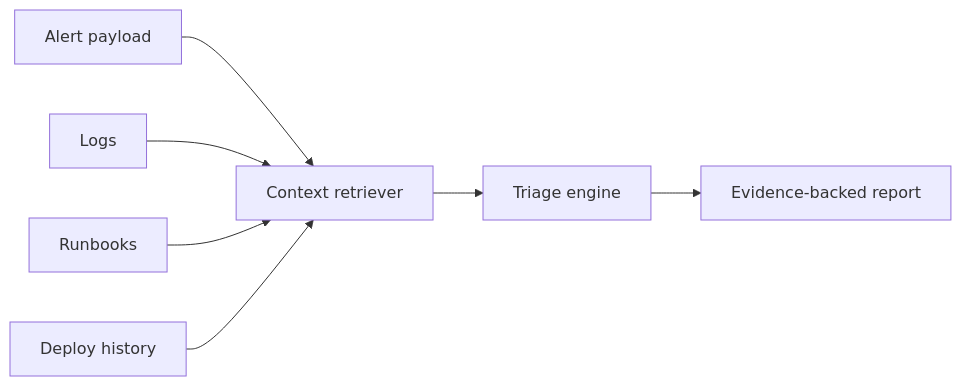
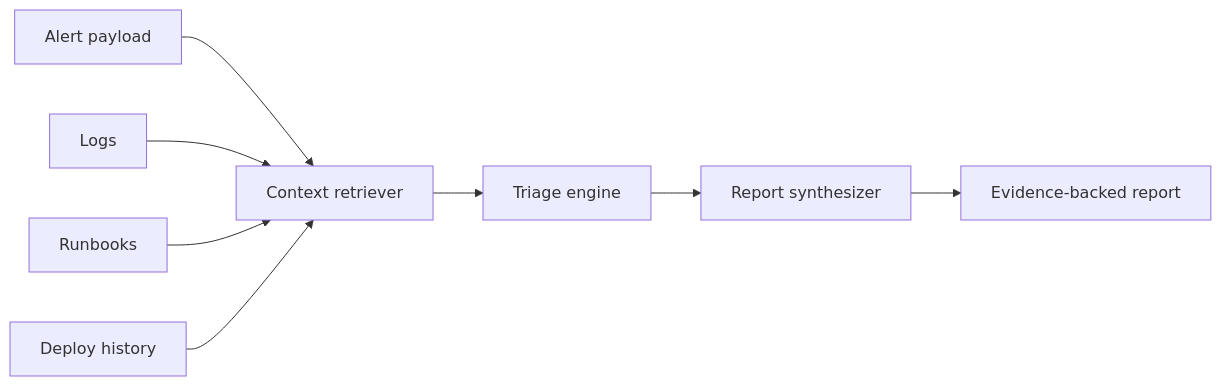
Before and after one commit to azam-flick4518/AI_projects_set1: the diagram in projects/01-incident-triage-copilot/docs/architecture.md, drawn with Mermaid. The commit also changed other lines of this file and 4 other files, not shown here.

````diff
--- a/projects/01-incident-triage-copilot/docs/architecture.md
+++ b/projects/01-incident-triage-copilot/docs/architecture.md
@@ -5,9 +5,10 @@
 ```mermaid
 flowchart LR
     Alert["Alert payload"] --> Retriever["Context retriever"]
     Logs["Logs"] --> Retriever
     Runbooks["Runbooks"] --> Retriever
     Deploys["Deploy history"] --> Retriever
     Retriever --> Engine["Triage engine"]
-    Engine --> Report["Evidence-backed report"]
+    Engine --> Synth["Report synthesizer"]
+    Synth --> Report["Evidence-backed report"]
 ```
````
